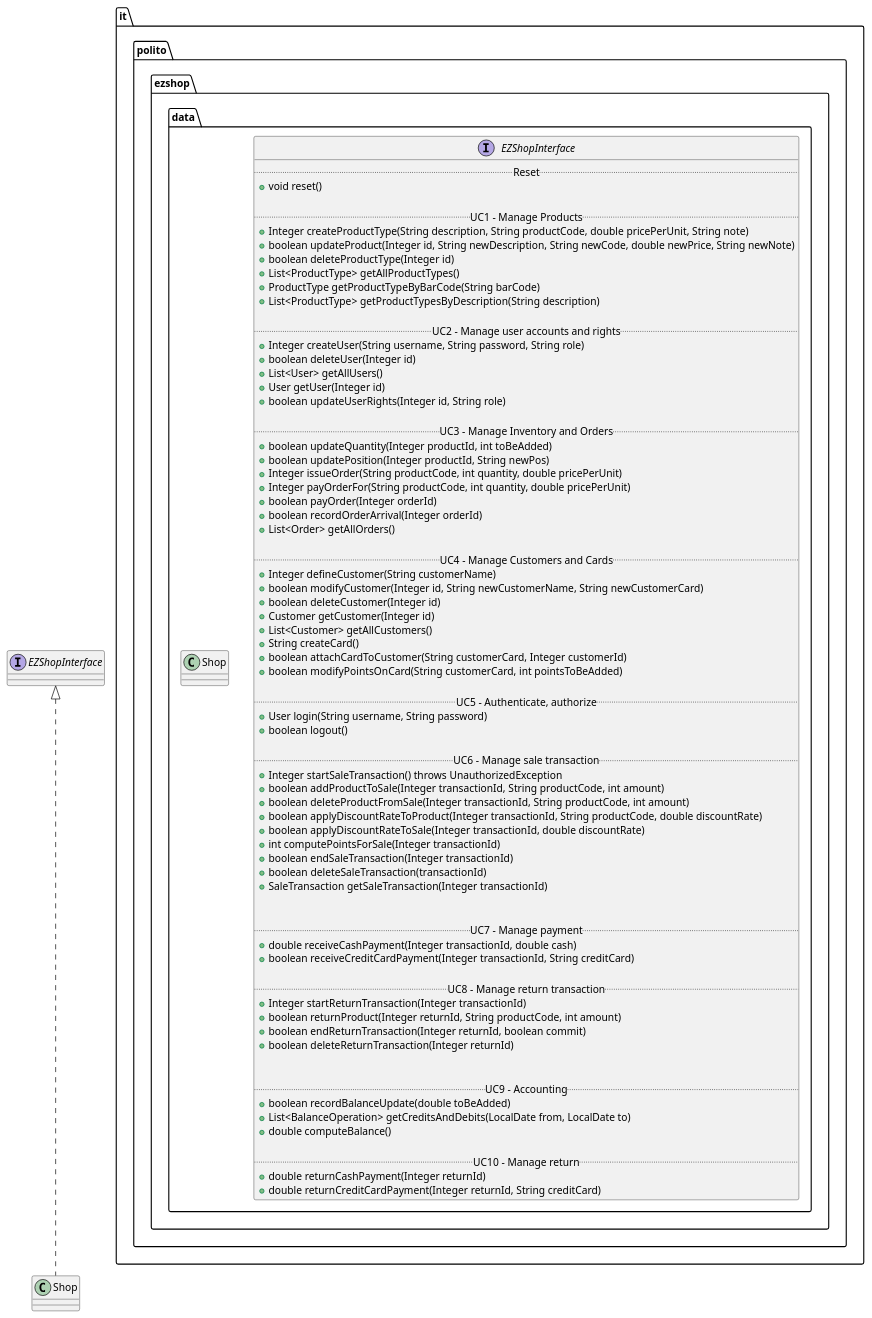
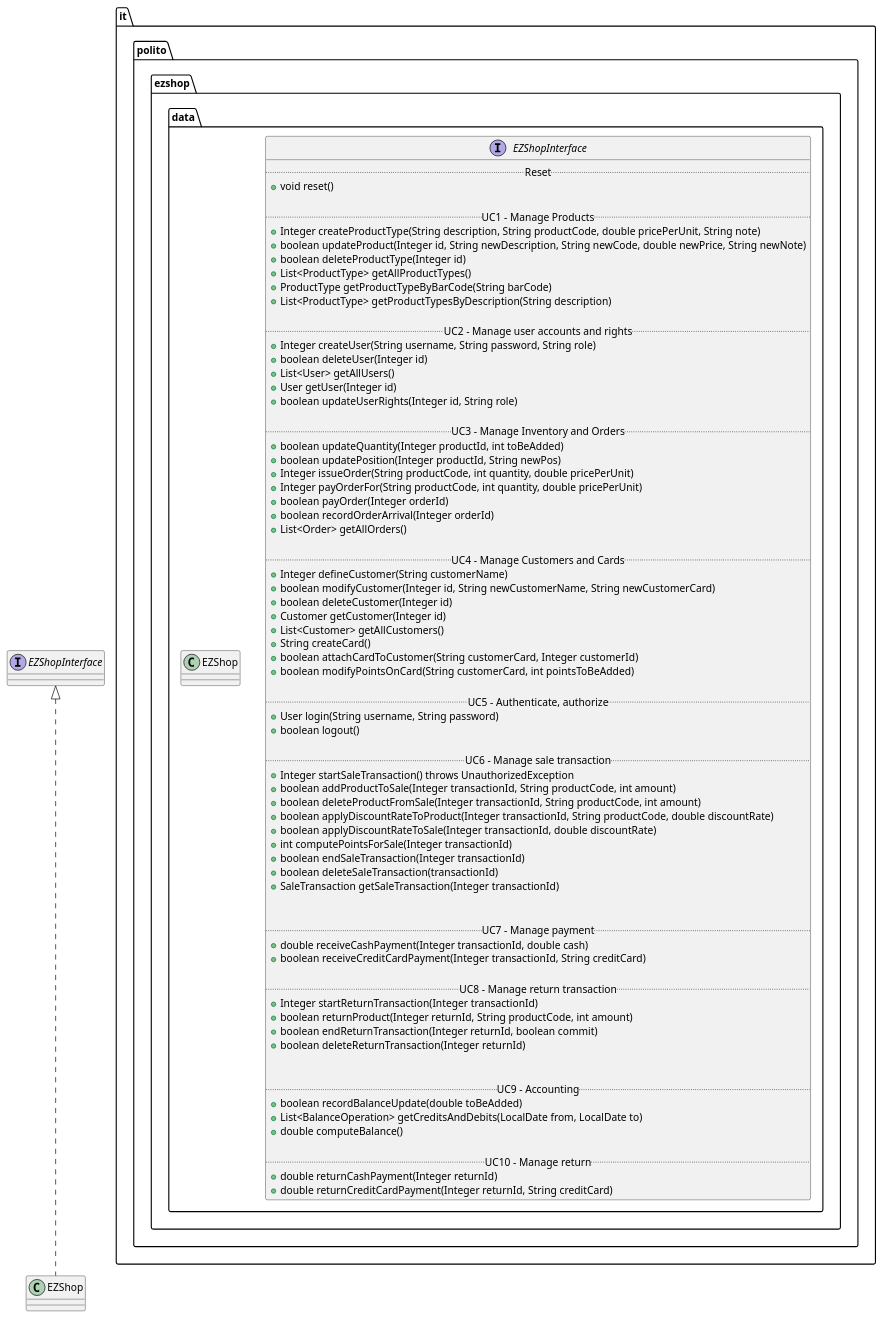
Before and after one commit to Stormz4/group20-EzShop: the second of 24 diagrams in Deliverables/DesignDocument.md, drawn with PlantUML. The commit also changed other lines of this file and 3 other files, not shown here.

````diff
--- a/Deliverables/DesignDocument.md
+++ b/Deliverables/DesignDocument.md
@@ -138,11 +139,11 @@
 }
 
 package it.polito.ezshop.data{
- class Shop{
+ class EZShop{
 
 }
 }
 
-class Shop implements EZShopInterface
+class EZShop implements EZShopInterface
 @enduml
 ```
````
